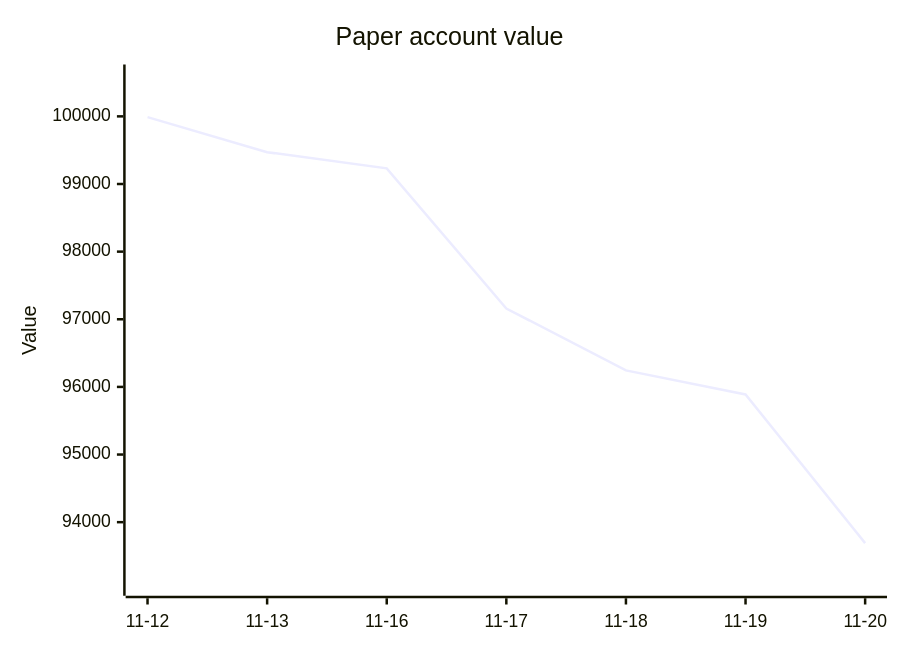
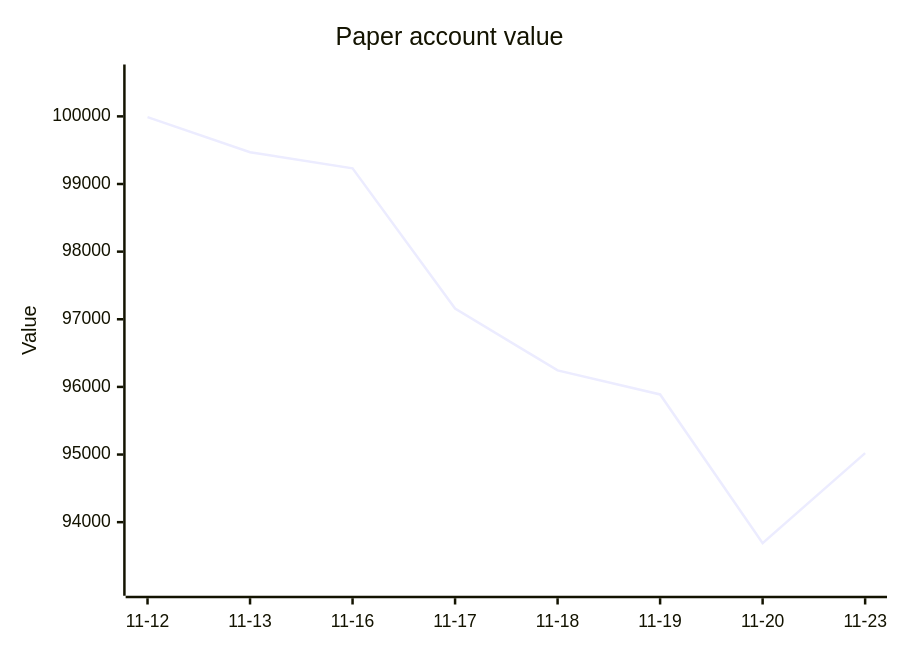
The second of 2 diagrams in 00 - Bot Dashboard.md (owlpowell50-creator/trading-bot), drawn with Mermaid before and after one commit. The commit also changed other lines of this file and 14 other files, not shown here.

````diff
--- a/00 - Bot Dashboard.md
+++ b/00 - Bot Dashboard.md
@@ -65,7 +66,7 @@
 ```mermaid
 xychart-beta
     title "Paper account value"
-    x-axis ["11-12", "11-13", "11-16", "11-17", "11-18", "11-19", "11-20"]
+    x-axis ["11-12", "11-13", "11-16", "11-17", "11-18", "11-19", "11-20", "11-23"]
     y-axis "Value" 93060 --> 100619
-    line [99989.1, 99470.6, 99230.9, 97159.3, 96244.1, 95888.9, 93690.1]
+    line [99989.1, 99470.6, 99230.9, 97159.3, 96244.1, 95888.9, 93690.1, 95020.7]
 ```
````
